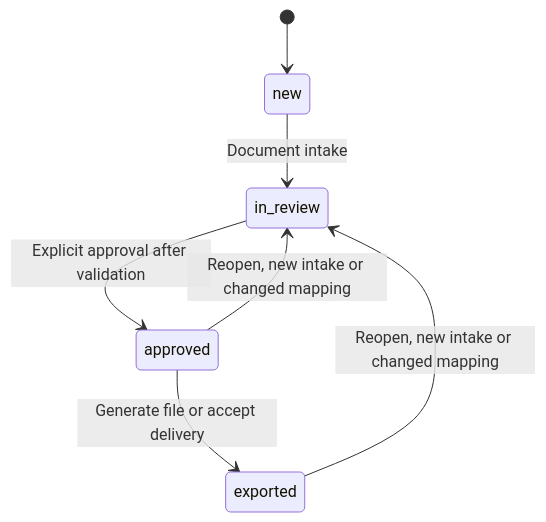
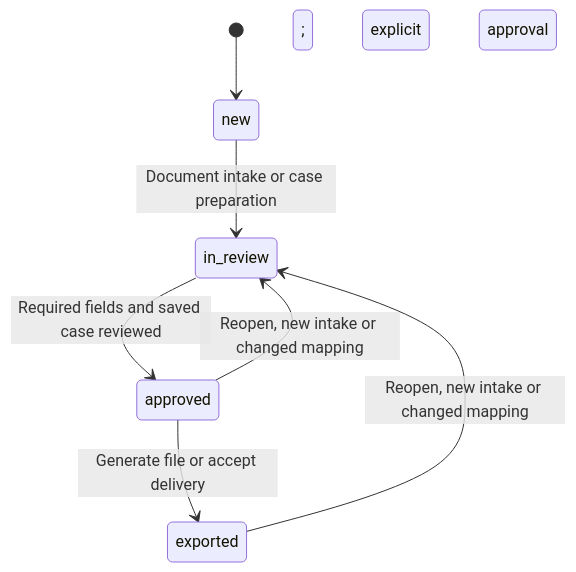
The second of 2 diagrams in docs/ARCHITECTURE.md (BernardAli/Lexflow-B), drawn with Mermaid before and after one commit. The commit also changed other lines of this file and 32 other files, not shown here.

````diff
--- a/docs/ARCHITECTURE.md
+++ b/docs/ARCHITECTURE.md
@@ -46,9 +60,9 @@
 ```mermaid
 stateDiagram-v2
     [*] --> new
-    new --> in_review: Document intake
-    in_review --> approved: Explicit approval after validation
+    new --> in_review: Document intake or case preparation
+    in_review --> approved: Required fields and saved case reviewed; explicit approval
     approved --> exported: Generate file or accept delivery
     exported --> in_review: Reopen, new intake or changed mapping
     approved --> in_review: Reopen, new intake or changed mapping
 ```
````
